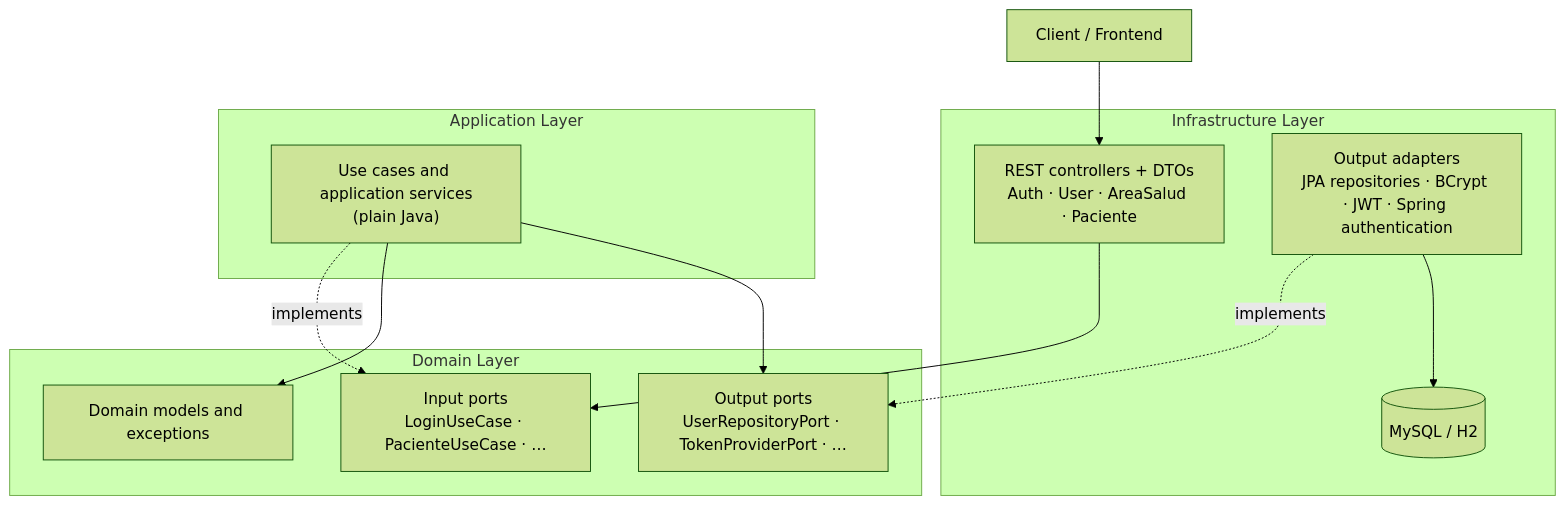
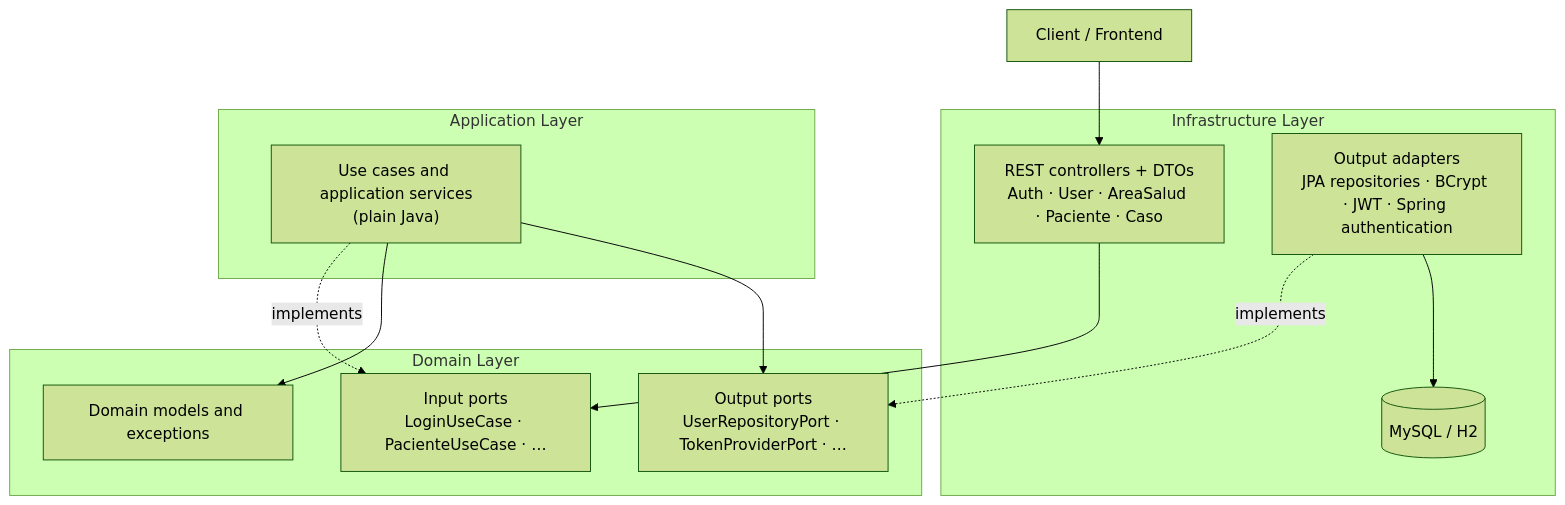
The first of 2 diagrams in README.md (josuexpositoacosta/oropouche), drawn with Mermaid (forest theme) before and after one commit. The commit also changed other lines of this file and 37 other files, not shown here.

````diff
--- a/README.md
+++ b/README.md
@@ -46,28 +46,28 @@
 ```mermaid
 flowchart TB
     CLIENT["Client / Frontend"]
 
     subgraph INFRA["Infrastructure Layer"]
-        CTRL["REST controllers + DTOs<br/>Auth · User · AreaSalud · Paciente"]
+        CTRL["REST controllers + DTOs<br/>Auth · User · AreaSalud · Paciente · Caso"]
         ADAPTERS["Output adapters<br/>JPA repositories · BCrypt · JWT · Spring authentication"]
         DB[("MySQL / H2")]
     end
 
     subgraph APP["Application Layer"]
         USECASE["Use cases and application services<br/>(plain Java)"]
     end
 
     subgraph DOMAIN["Domain Layer"]
         IN["Input ports<br/>LoginUseCase · PacienteUseCase · …"]
         MODEL["Domain models and exceptions"]
         OUT["Output ports<br/>UserRepositoryPort · TokenProviderPort · …"]
     end
 
     CLIENT --> CTRL
     CTRL --> IN
     USECASE -.implements.-> IN
     USECASE --> MODEL
     USECASE --> OUT
     ADAPTERS -.implements.-> OUT
     ADAPTERS --> DB
 ```
````
